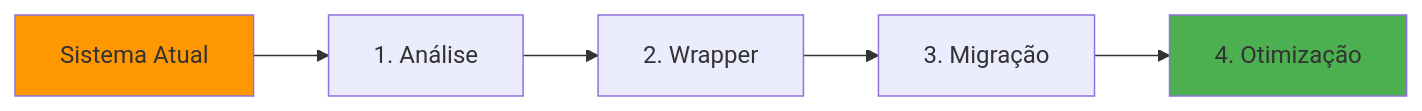
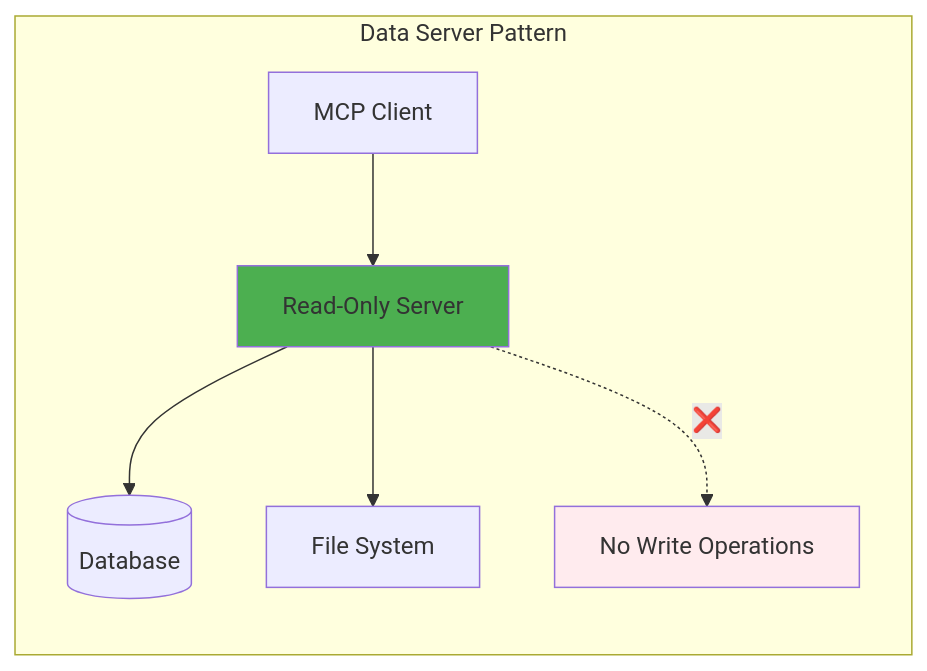
One commit to felipepimentel/my-public-notes changed diagram 12 of 28 in AI/Comunicação/MCP/00-mcp-presentation-zero to hero.md. Above: the diagram before and after it, drawn with Mermaid. The commit also changed other lines of this file, not shown here.

````diff
--- a/AI/Comunicação/MCP/00-mcp-presentation-zero to hero.md
+++ b/AI/Comunicação/MCP/00-mcp-presentation-zero to hero.md
@@ -405,10 +478,13 @@
 ```mermaid
 graph LR
-    CURRENT[Sistema Atual] --> ANALYZE[1. Análise]
-    ANALYZE --> WRAP[2. Wrapper]
-    WRAP --> MIGRATE[3. Migração]
-    MIGRATE --> OPTIMIZE[4. Otimização]
+    subgraph "Data Server Pattern"
+        CLIENT[MCP Client] --> SERVER[Read-Only Server]
+        SERVER --> DB[(Database)]
+        SERVER --> FILES[File System]
+        
+        SERVER -.->|❌| WRITE[No Write Operations]
+    end
     
-    style CURRENT fill:#ff9800
-    style OPTIMIZE fill:#4CAF50
+    style SERVER fill:#4CAF50
+    style WRITE fill:#ffebee
 ```
````
